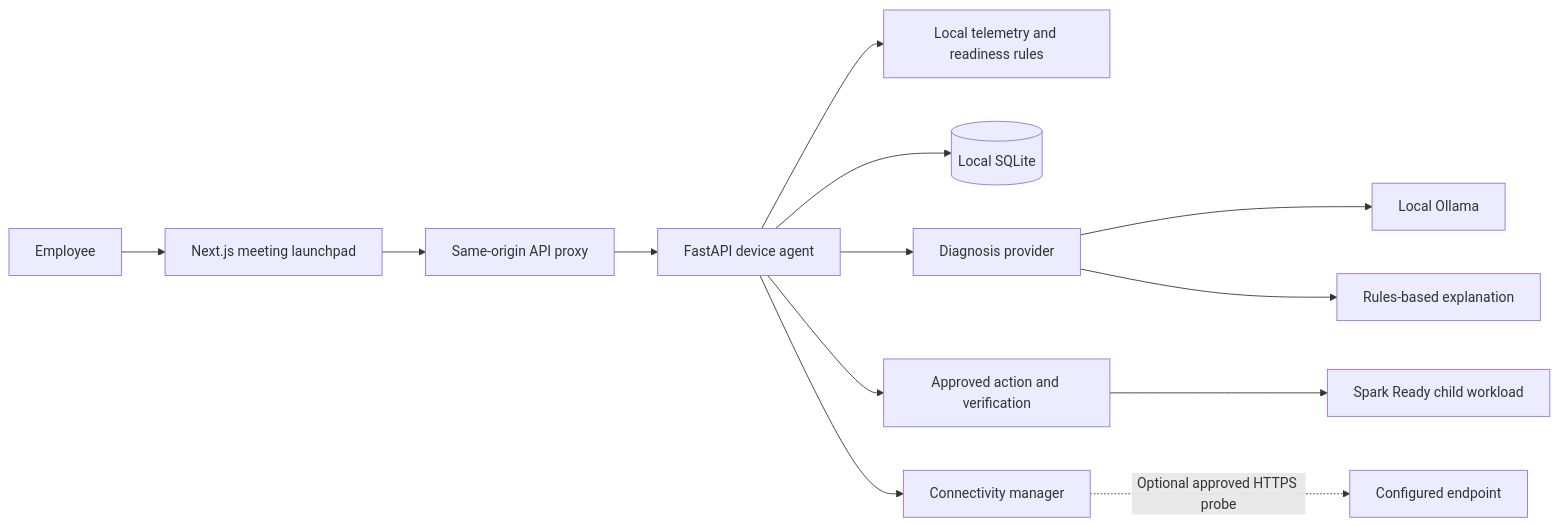
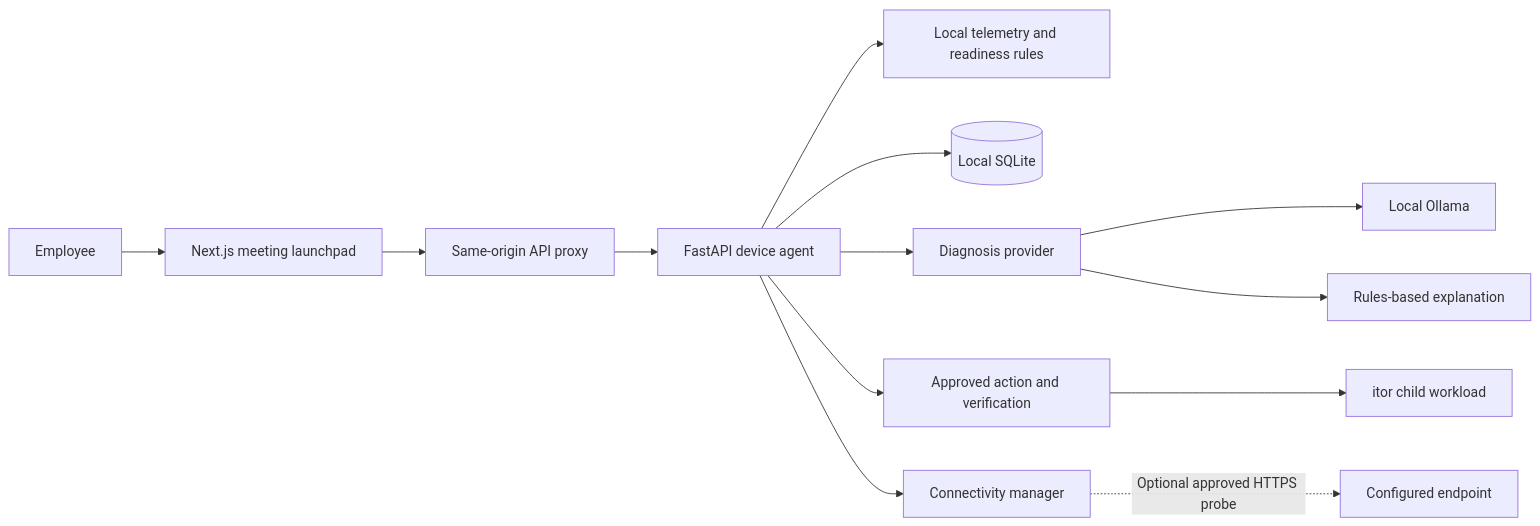
The diagram in docs/ARCHITECTURE.md (babbahy/itor), drawn with Mermaid before and after one commit. The commit also changed other lines of this file and 38 other files, not shown here.

````diff
--- a/docs/ARCHITECTURE.md
+++ b/docs/ARCHITECTURE.md
@@ -5,15 +5,15 @@
 ```mermaid
 flowchart LR
     User["Employee"] --> Web["Next.js meeting launchpad"]
     Web --> Proxy["Same-origin API proxy"]
     Proxy --> Agent["FastAPI device agent"]
     Agent --> Telemetry["Local telemetry and readiness rules"]
     Agent --> Store[("Local SQLite")]
     Agent --> Diagnose["Diagnosis provider"]
     Diagnose --> Ollama["Local Ollama"]
     Diagnose --> Rules["Rules-based explanation"]
     Agent --> Actions["Approved action and verification"]
-    Actions --> Child["Spark Ready child workload"]
+    Actions --> Child["itor child workload"]
     Agent --> Connectivity["Connectivity manager"]
     Connectivity -. "Optional approved HTTPS probe" .-> Endpoint["Configured endpoint"]
 ```
````
